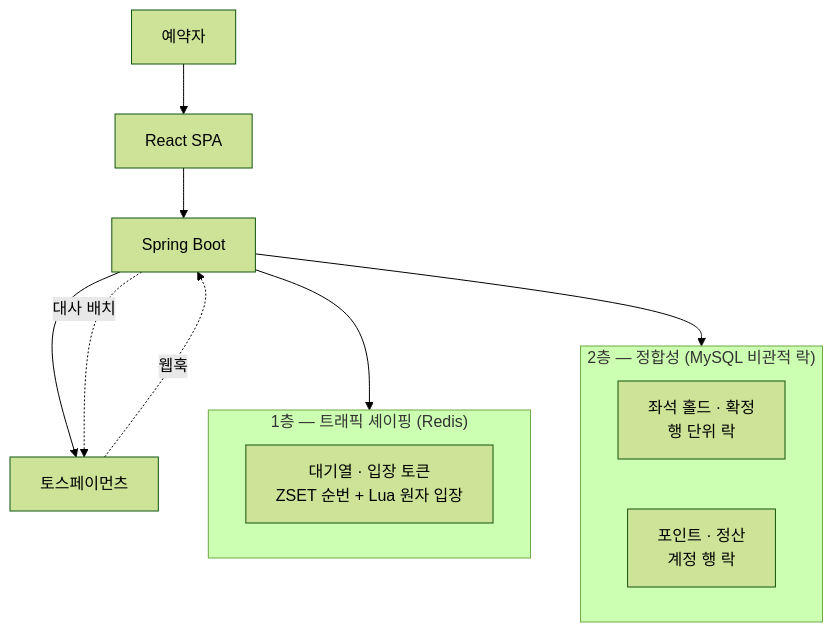
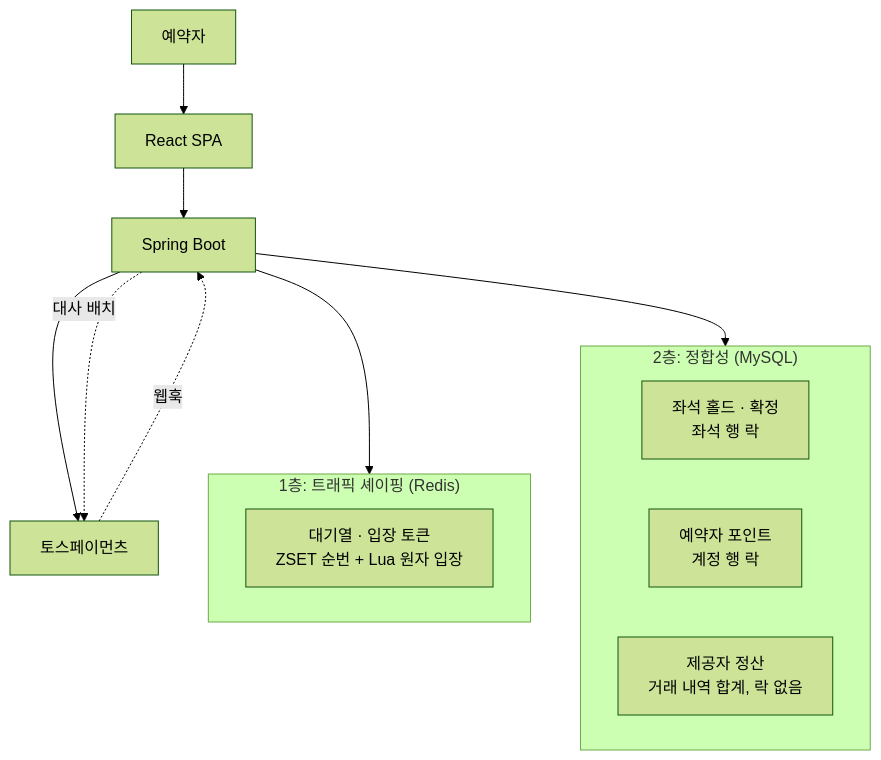
The diagram in README.md (TlesMes/PlaceHolder), drawn with Mermaid (forest theme) before and after one commit. The commit also changed other lines of this file, not shown here.

````diff
--- a/README.md
+++ b/README.md
@@ -47,20 +47,21 @@
 ```mermaid
 flowchart TB
     U[예약자] --> FE[React SPA]
     FE --> API[Spring Boot]
 
-    subgraph L1["1층 — 트래픽 셰이핑 (Redis)"]
+    subgraph L1["1층: 트래픽 셰이핑 (Redis)"]
         Q[대기열 · 입장 토큰<br/>ZSET 순번 + Lua 원자 입장]
     end
 
-    subgraph L2["2층 — 정합성 (MySQL 비관적 락)"]
-        S[좌석 홀드 · 확정<br/>행 단위 락]
-        P[포인트 · 정산<br/>계정 행 락]
+    subgraph L2["2층: 정합성 (MySQL)"]
+        S[좌석 홀드 · 확정<br/>좌석 행 락]
+        P[예약자 포인트<br/>계정 행 락]
+        L[제공자 정산<br/>거래 내역 합계, 락 없음]
     end
 
     API --> L1
     API --> L2
     API --> TOSS[토스페이먼츠]
     TOSS -.웹훅.-> API
     API -.대사 배치.-> TOSS
 ```
````
